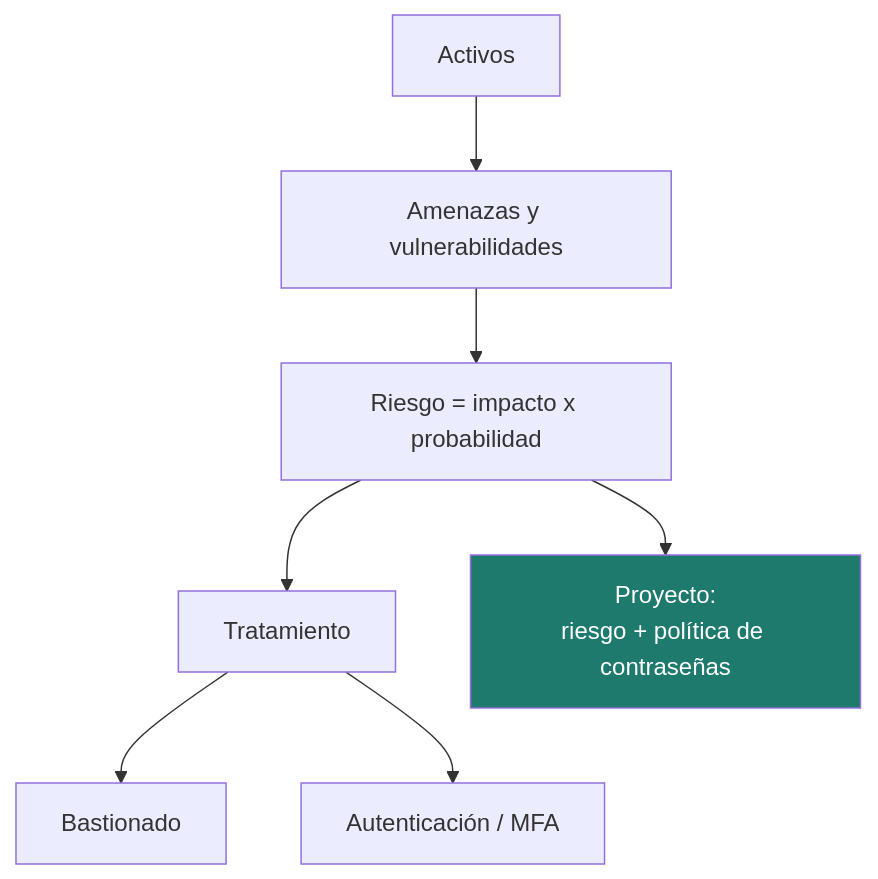
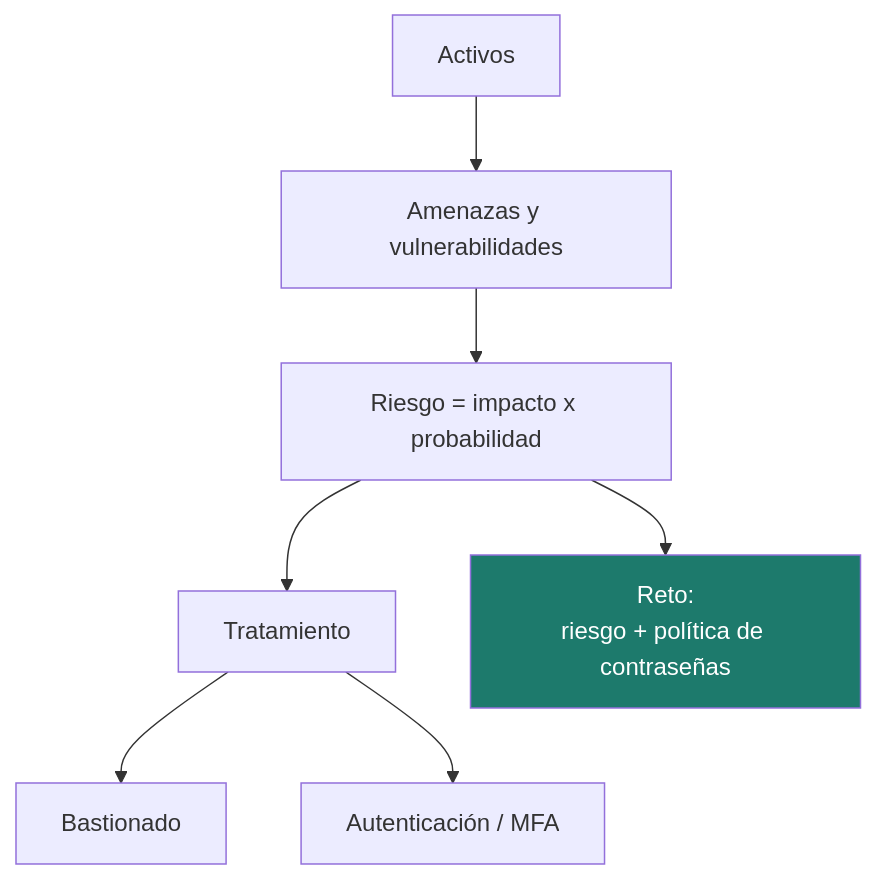
One commit to campusdevfp/cybersec2627 changed the diagram in docs/ud4/index.md. Above: the diagram before and after it, drawn with Mermaid. The commit also changed other lines of this file and 16 other files, not shown here.

````diff
--- a/docs/ud4/index.md
+++ b/docs/ud4/index.md
@@ -15,10 +15,10 @@
 ```mermaid
 flowchart TB
     A[Activos] --> B[Amenazas y vulnerabilidades]
     B --> C[Riesgo = impacto x probabilidad]
     C --> D[Tratamiento]
     D --> E[Bastionado]
     D --> F[Autenticación / MFA]
-    C --> P[Proyecto:<br/>riesgo + política de contraseñas]
+    C --> P[Reto:<br/>riesgo + política de contraseñas]
     style P fill:#1d7a6c,color:#fff
 ```
````
